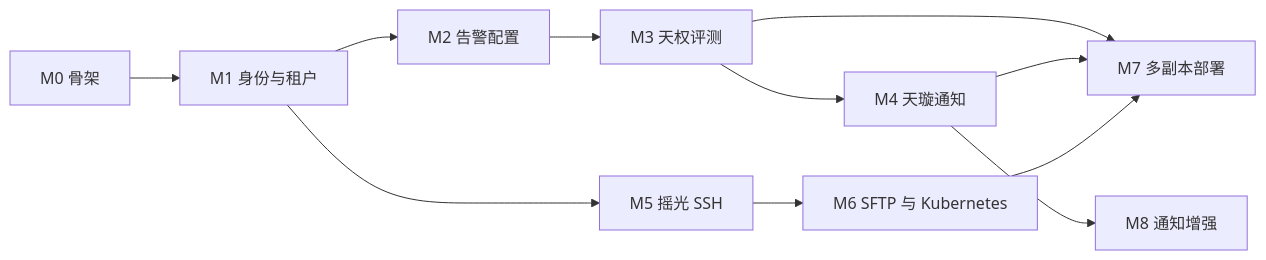
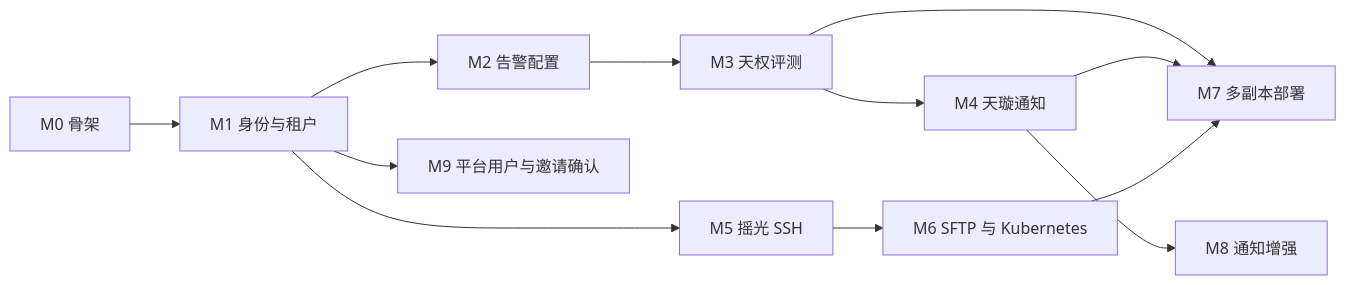
Before and after one commit to aide-family/moon: the diagram in docs/roadmap.md, drawn with Mermaid. The commit also changed other lines of this file and 143 other files, not shown here.

````diff
--- a/docs/roadmap.md
+++ b/docs/roadmap.md
@@ -35,18 +36,20 @@
 ```mermaid
 flowchart LR
   m0[M0 骨架]
   m1[M1 身份与租户]
   m2[M2 告警配置]
   m3[M3 天权评测]
   m4[M4 天璇通知]
   m5[M5 摇光 SSH]
   m6[M6 SFTP 与 Kubernetes]
   m7[M7 多副本部署]
   m8[M8 通知增强]
+  m9[M9 平台用户与邀请确认]
   m0 --> m1 --> m2 --> m3 --> m4
   m1 --> m5 --> m6
+  m1 --> m9
   m3 --> m7
   m4 --> m7
   m4 --> m8
   m6 --> m7
 ```
````
